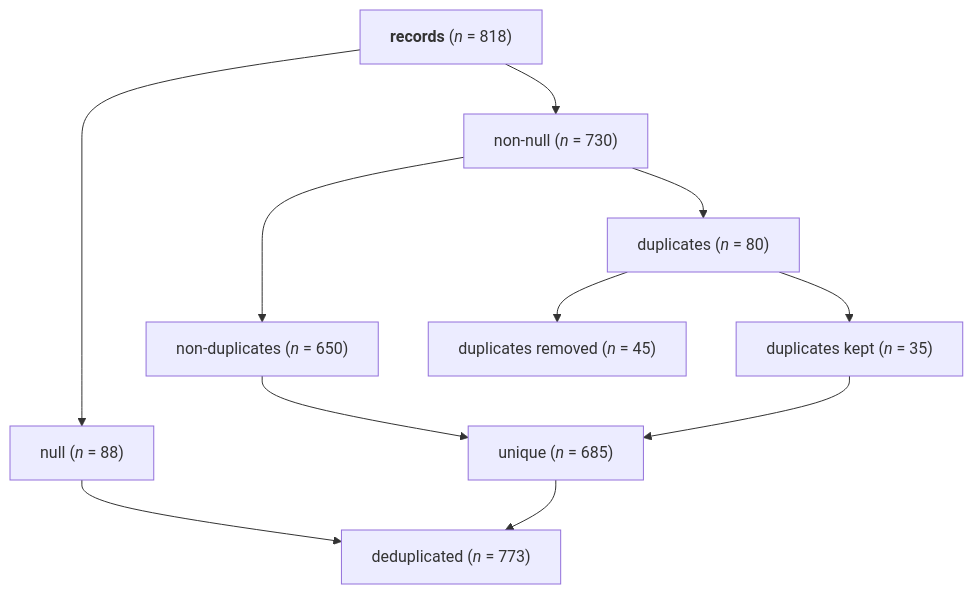
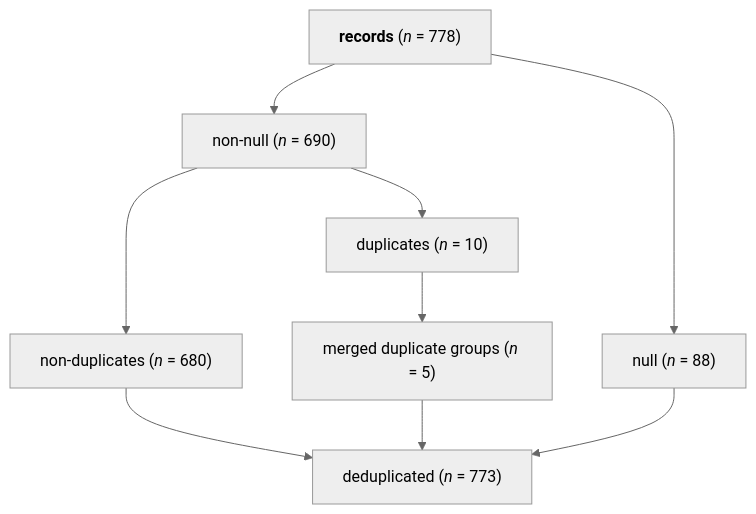
The diagram in systematic_review/deduplication/key/key_deduplicated.mmd (dong-wkim/network_meta-analysis), drawn with Mermaid before and after one commit. The commit also changed 74 other files, not shown here.

```diff
--- a/systematic_review/deduplication/key/key_deduplicated.mmd
+++ b/systematic_review/deduplication/key/key_deduplicated.mmd
@@ -1,21 +1,19 @@
 ---
 config:
-theme: neutral
-curve: stepBefore
+  theme: neutral
+  curve: stepBefore
 ---
 graph TD;
-A["`**records** (*n* = 818)`"];
+A["`**records** (*n* = 778)`"];
 B["`null (*n* = 88)`"];
-C["`non-null (*n* = 730)`"];
-D["`non-duplicates (*n* = 650)`"];
-E["`duplicates (*n* = 80)`"];
-F["`duplicates kept (*n* = 35)`"];
-G["`duplicates removed (*n* = 45)`"];
-H["`unique (*n* = 685)`"];
-I["`deduplicated (*n* = 773)`"];
+C["`non-null (*n* = 690)`"];
+D["`non-duplicates (*n* = 680)`"];
+E["`duplicates (*n* = 10)`"];
+F["`merged duplicate groups (*n* = 5)`"];
+G["`deduplicated (*n* = 773)`"];
 
 A --> B & C;
 C --> D & E;
-E --> F & G;
-D & F --> H
-B & H --> I
+D & F --> G;
+E --> F;
+B --> G;
```
